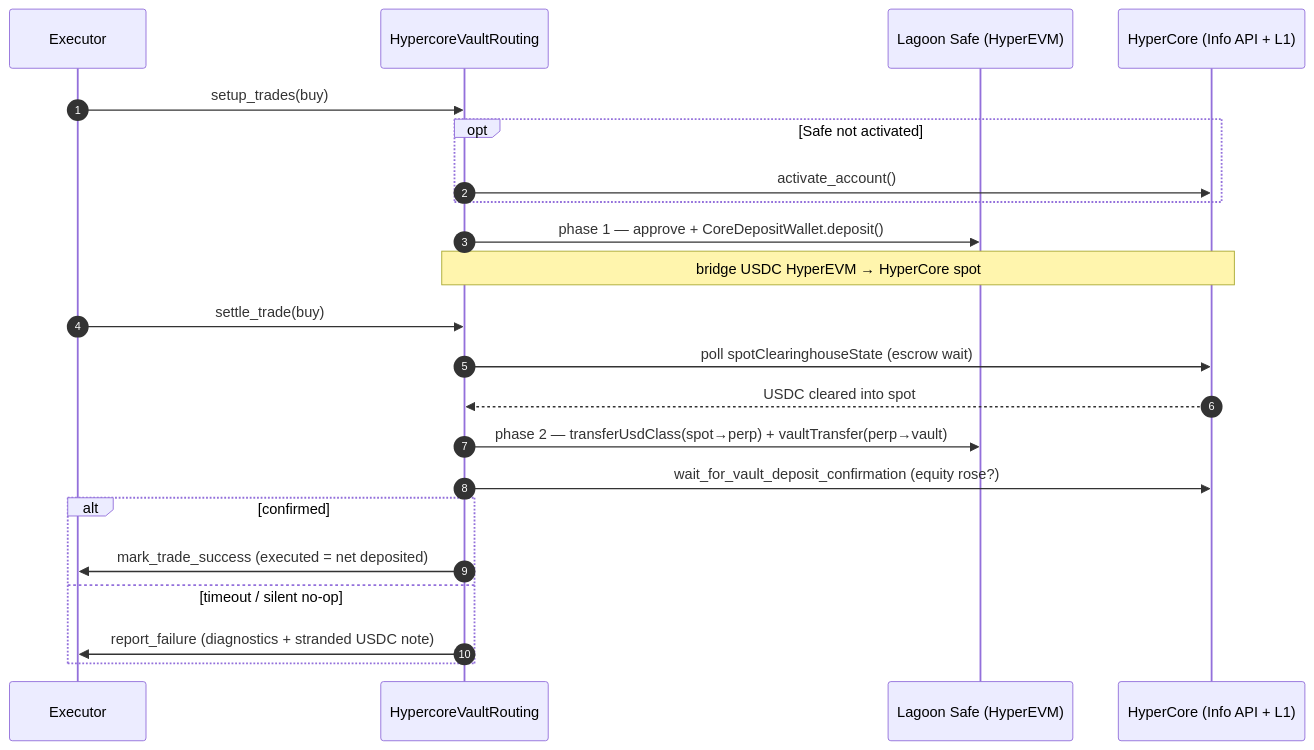
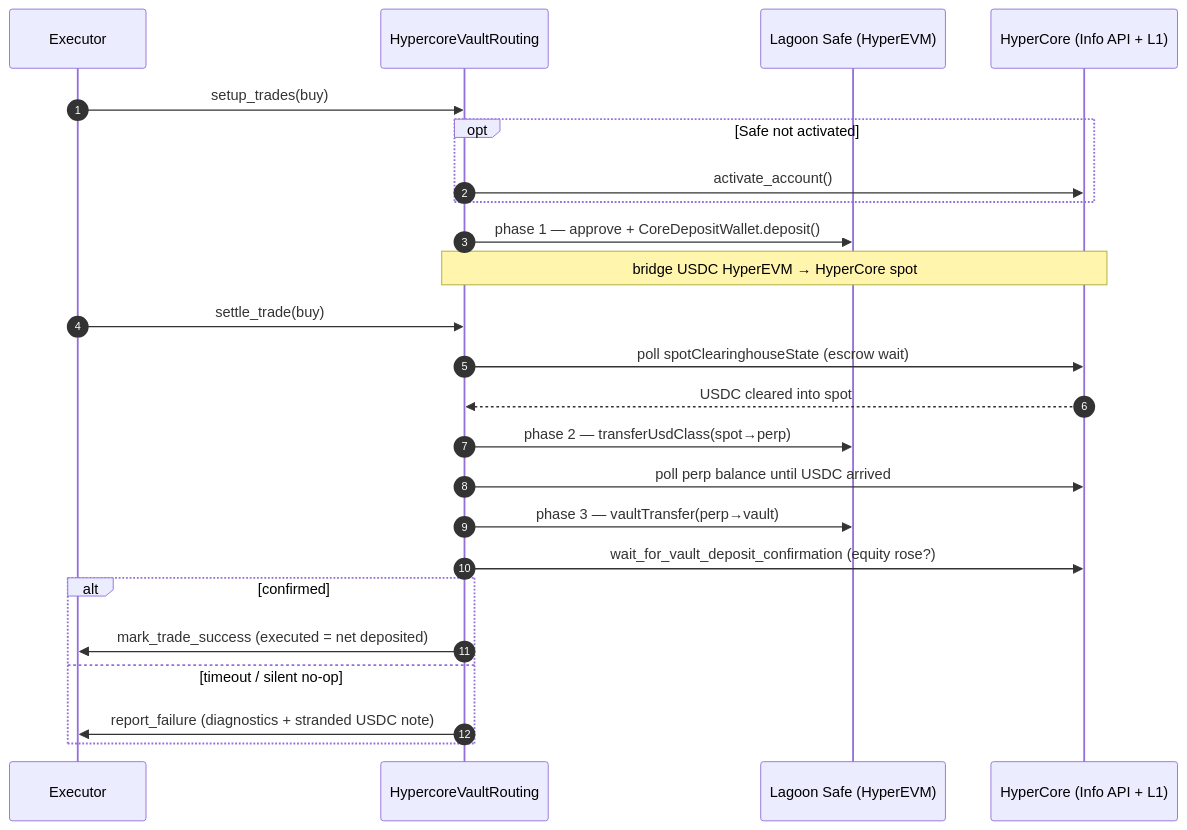
One commit to tradingstrategy-ai/trade-executor changed the first of 3 diagrams in .claude/docs/hypercore-vault.md. Above: the diagram before and after it, drawn with Mermaid. The commit also changed other lines of this file and 5 other files, not shown here.

````diff
--- a/.claude/docs/hypercore-vault.md
+++ b/.claude/docs/hypercore-vault.md
@@ -134,25 +134,27 @@
 ```mermaid
 sequenceDiagram
     autonumber
     participant EX as Executor
     participant R as HypercoreVaultRouting
     participant Safe as Lagoon Safe (HyperEVM)
     participant HC as HyperCore (Info API + L1)
 
     EX->>R: setup_trades(buy)
     opt Safe not activated
         R->>HC: activate_account()
     end
     R->>Safe: phase 1 — approve + CoreDepositWallet.deposit()
     Note over R,HC: bridge USDC HyperEVM → HyperCore spot
     EX->>R: settle_trade(buy)
     R->>HC: poll spotClearinghouseState (escrow wait)
     HC-->>R: USDC cleared into spot
-    R->>Safe: phase 2 — transferUsdClass(spot→perp) + vaultTransfer(perp→vault)
+    R->>Safe: phase 2 — transferUsdClass(spot→perp)
+    R->>HC: poll perp balance until USDC arrived
+    R->>Safe: phase 3 — vaultTransfer(perp→vault)
     R->>HC: wait_for_vault_deposit_confirmation (equity rose?)
     alt confirmed
         R->>EX: mark_trade_success (executed = net deposited)
     else timeout / silent no-op
         R->>EX: report_failure (diagnostics + stranded USDC note)
     end
 ```
````
